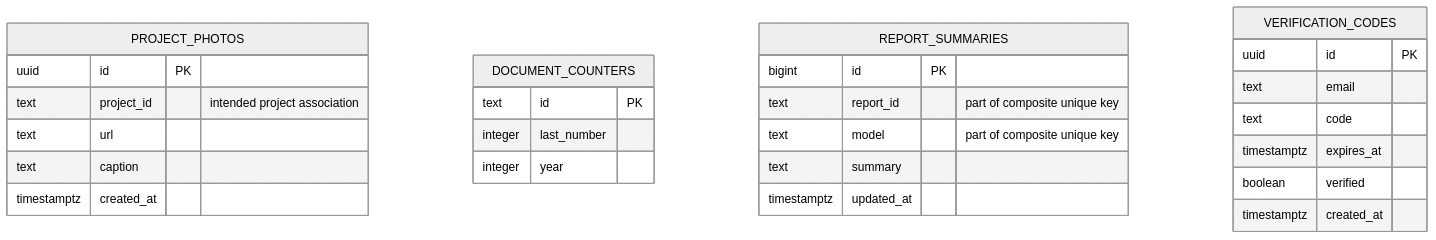
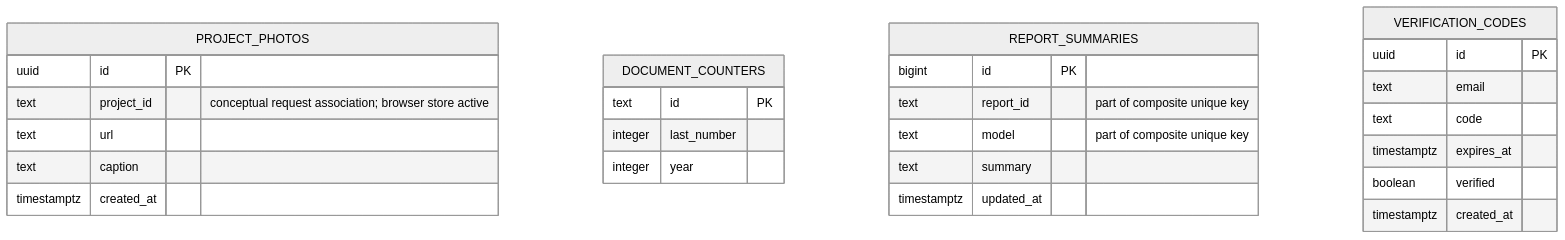
Before and after one commit to Zander1211/cuenta-sk-budget-system: the fourth of 4 diagrams in docs/ERD.md, drawn with Mermaid (neutral theme). The commit also changed other lines of this file and 12 other files, not shown here.

````diff
--- a/docs/ERD.md
+++ b/docs/ERD.md
@@ -230,30 +268,30 @@
 ```mermaid
 erDiagram
     PROJECT_PHOTOS {
         uuid id PK
-        text project_id "intended project association"
+        text project_id "conceptual request association; browser store active"
         text url
         text caption
         timestamptz created_at
     }
     DOCUMENT_COUNTERS {
         text id PK
         integer last_number
         integer year
     }
     REPORT_SUMMARIES {
         bigint id PK
         text report_id "part of composite unique key"
         text model "part of composite unique key"
         text summary
         timestamptz updated_at
     }
     VERIFICATION_CODES {
         uuid id PK
         text email
         text code
         timestamptz expires_at
         boolean verified
         timestamptz created_at
     }
 ```
````
